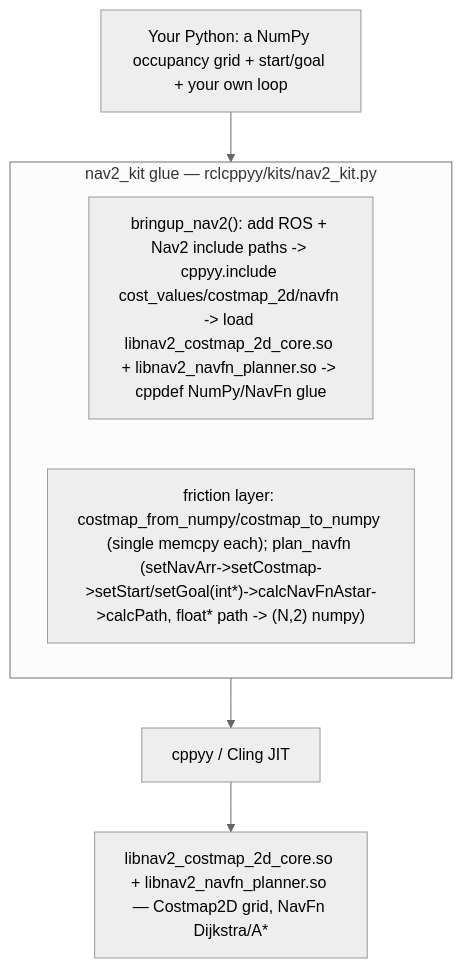
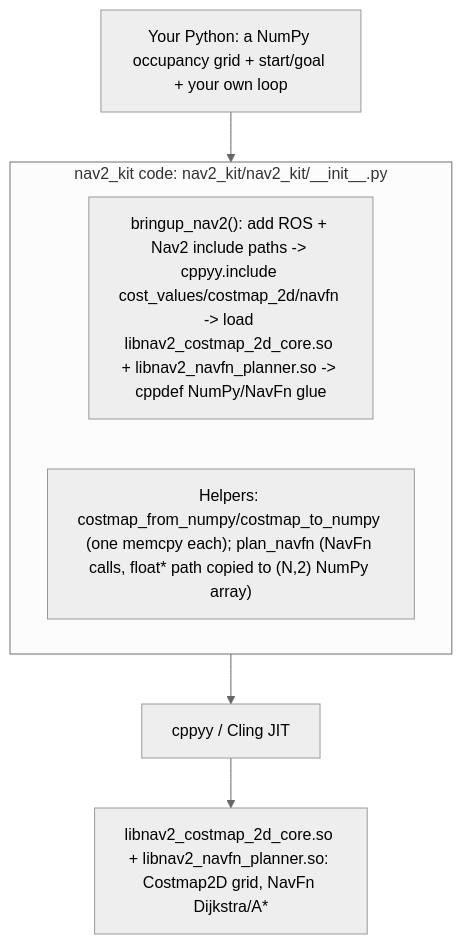
The diagram in nav2_kit/REPORT.md (awesomebytes/cppyy_kit), drawn with Mermaid (neutral theme) before and after one commit. The commit also changed other lines of this file and 259 other files, not shown here.

````diff
--- a/nav2_kit/REPORT.md
+++ b/nav2_kit/REPORT.md
@@ -42,11 +37,11 @@
 ```mermaid
 flowchart TD
     U["Your Python: a NumPy occupancy grid + start/goal + your own loop"]
-    subgraph KIT["nav2_kit glue — rclcppyy/kits/nav2_kit.py"]
+    subgraph KIT["nav2_kit code: nav2_kit/nav2_kit/__init__.py"]
       B["bringup_nav2(): add ROS + Nav2 include paths -> cppyy.include cost_values/costmap_2d/navfn -> load libnav2_costmap_2d_core.so + libnav2_navfn_planner.so -> cppdef NumPy/NavFn glue"]
-      F["friction layer: costmap_from_numpy/costmap_to_numpy (single memcpy each); plan_navfn (setNavArr->setCostmap->setStart/setGoal(int*)->calcNavFnAstar->calcPath, float* path -> (N,2) numpy)"]
+      F["Helpers: costmap_from_numpy/costmap_to_numpy (one memcpy each); plan_navfn (NavFn calls, float* path copied to (N,2) NumPy array)"]
     end
     J["cppyy / Cling JIT"]
-    E["libnav2_costmap_2d_core.so + libnav2_navfn_planner.so — Costmap2D grid, NavFn Dijkstra/A*"]
+    E["libnav2_costmap_2d_core.so + libnav2_navfn_planner.so: Costmap2D grid, NavFn Dijkstra/A*"]
     U --> KIT --> J --> E
 ```
````
